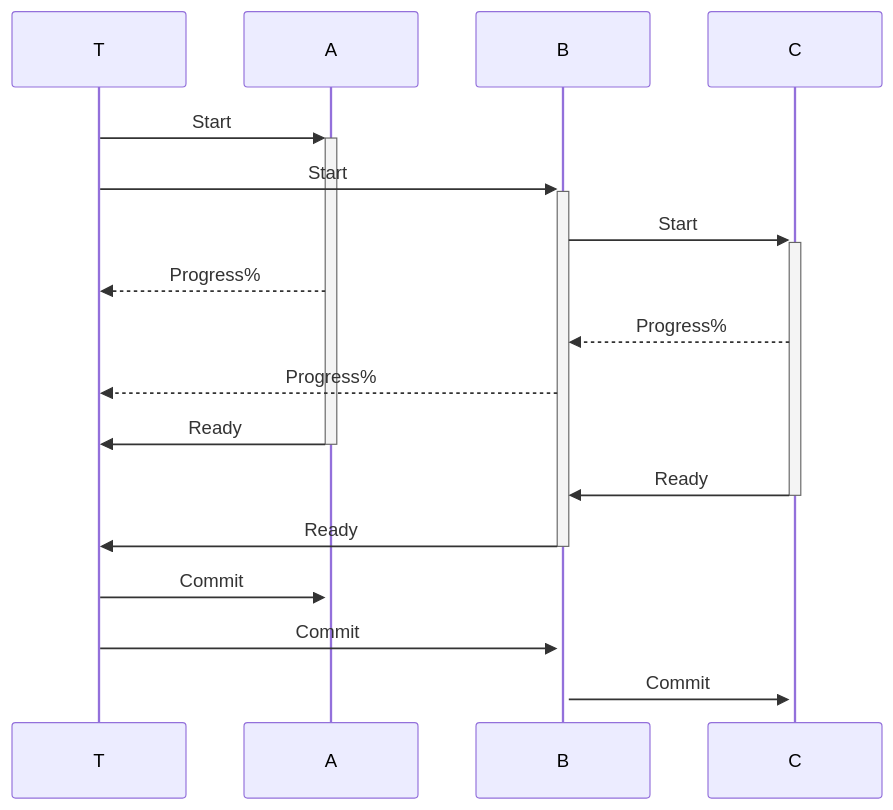
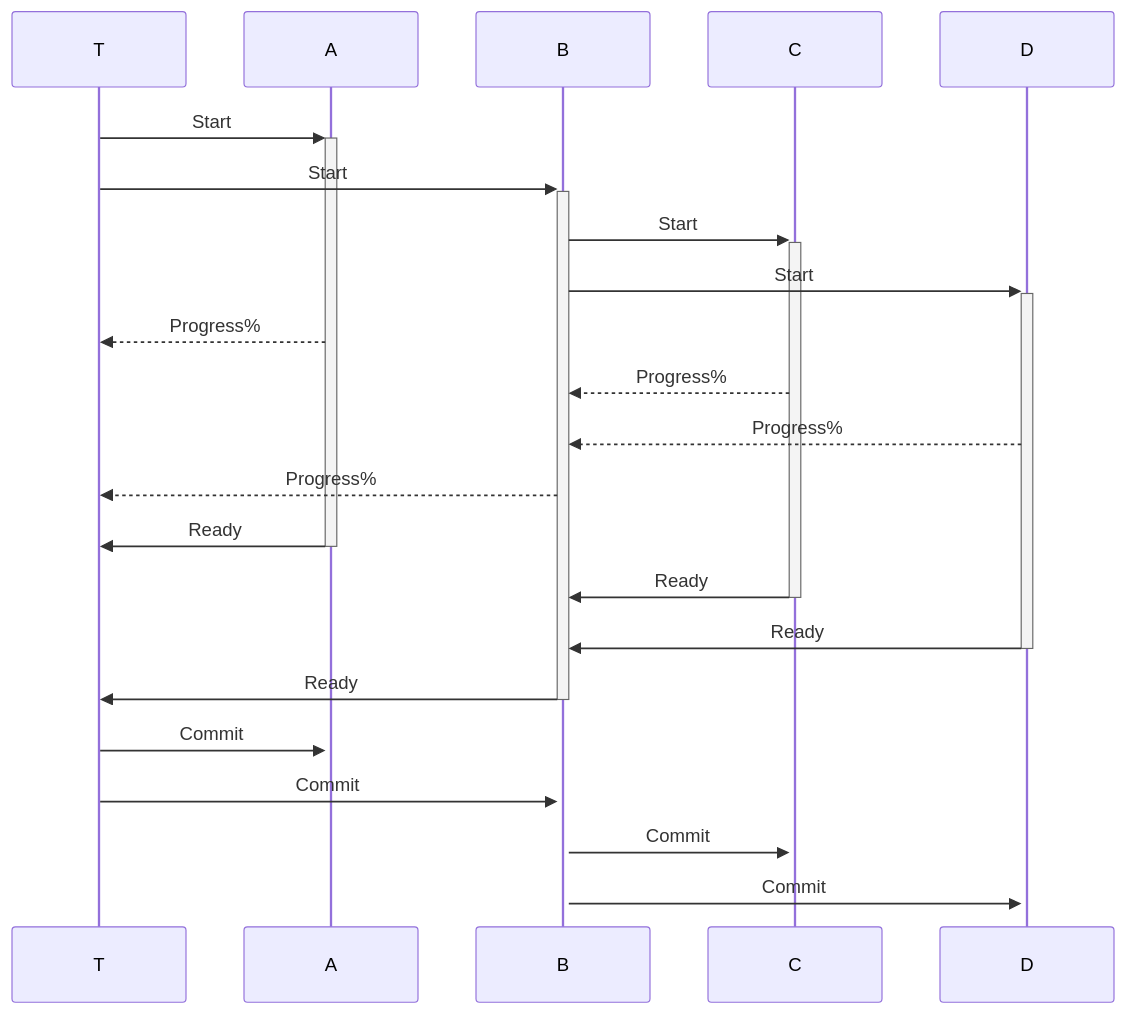
One commit to tcbkkvik/atomic-transaction-context changed the second of 2 diagrams in README.md. Above: the diagram before and after it, drawn with Mermaid. The commit also changed other lines of this file, not shown here.

````diff
--- a/README.md
+++ b/README.md
@@ -26,15 +27,19 @@
 ```mermaid
 sequenceDiagram
     T->>+A: Start
     T->>+B: Start
     B->>+C: Start
+    B->>+D: Start
       A-->>T: Progress%
       C-->>B: Progress%
+      D-->>B: Progress%
       B-->>T: Progress%
       A->>-T: Ready
       C->>-B: Ready
+      D->>-B: Ready
       B->>-T: Ready
     T->>+A: Commit
     T->>+B: Commit
     B->>+C: Commit
+    B->>+D: Commit
 ```
````
